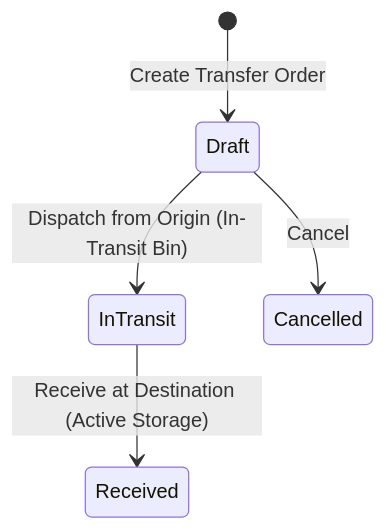
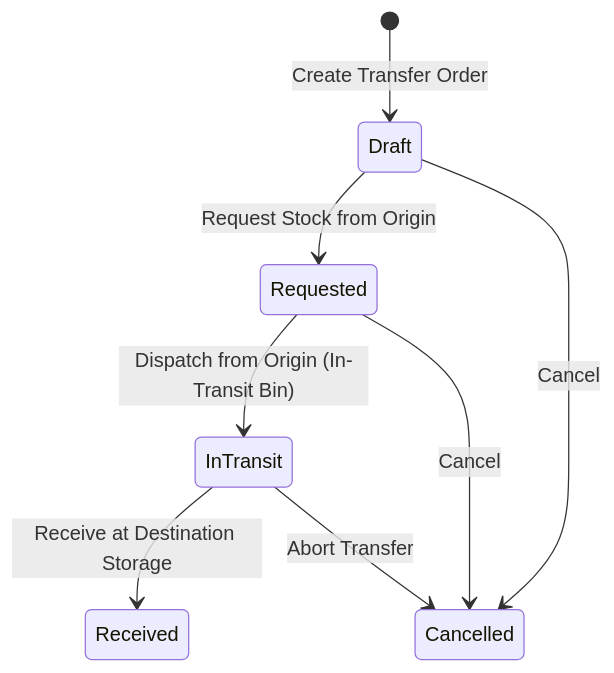
The diagram in docs/user/transfers_quarantine.md (herobmdotcom/herobm), drawn with Mermaid before and after one commit. The commit also changed other lines of this file and 22 other files, not shown here.

````diff
--- a/docs/user/transfers_quarantine.md
+++ b/docs/user/transfers_quarantine.md
@@ -45,7 +45,12 @@
 ```mermaid
 stateDiagram-v2
     [*] --> Draft : Create Transfer Order
-    Draft --> InTransit : Dispatch from Origin (In-Transit Bin)
-    InTransit --> Received : Receive at Destination (Active Storage)
+    Draft --> Requested : Request Stock from Origin
     Draft --> Cancelled : Cancel
+
+    Requested --> InTransit : Dispatch from Origin (In-Transit Bin)
+    Requested --> Cancelled : Cancel
+
+    InTransit --> Received : Receive at Destination Storage
+    InTransit --> Cancelled : Abort Transfer
 ```
````
